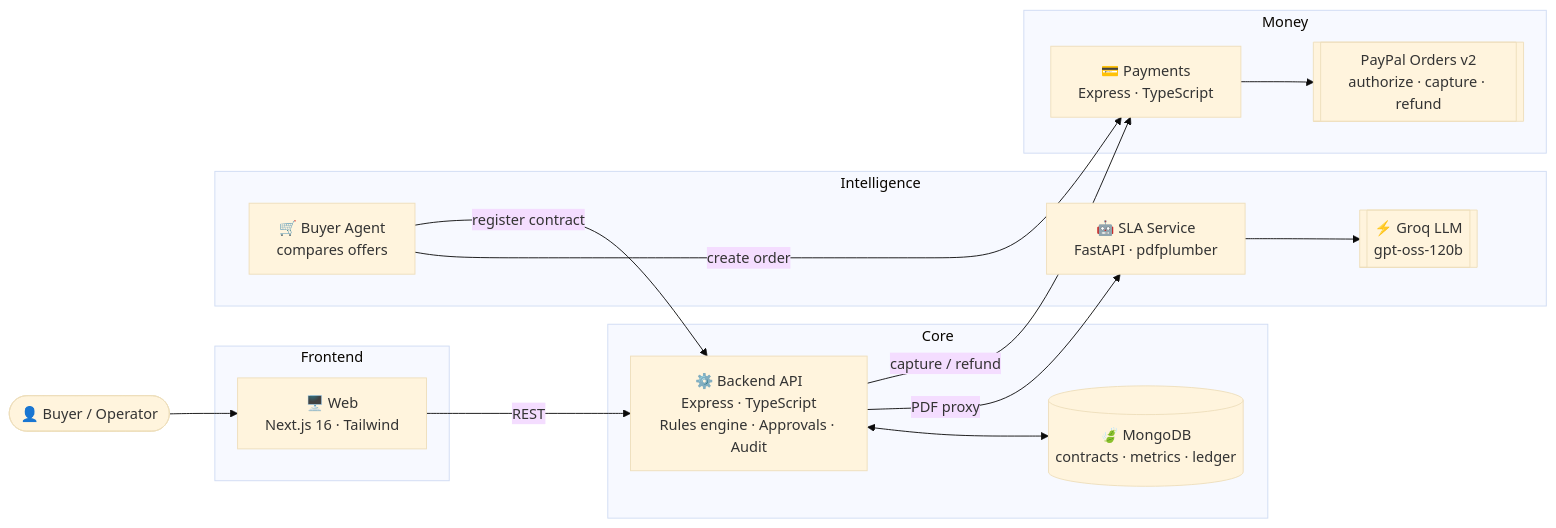
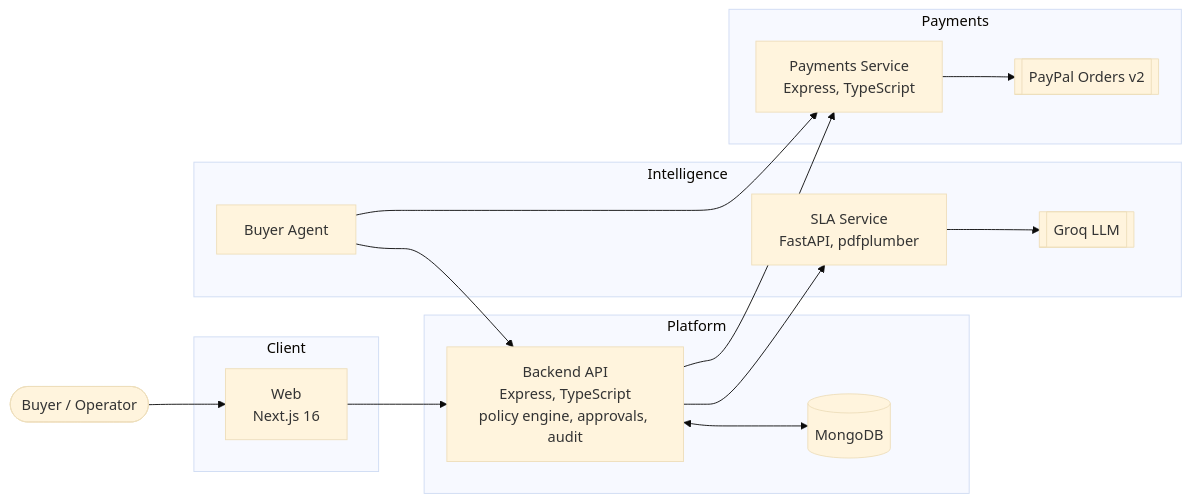
The second of 2 diagrams in README.md (ParasChavan02/Pay-for-Performance), drawn with Mermaid (base theme) before and after one commit. The commit also changed other lines of this file, not shown here.

````diff
--- a/README.md
+++ b/README.md
@@ -133,33 +99,33 @@
 ```mermaid
 flowchart LR
-    U([👤 Buyer / Operator]) --> W
+    User([Buyer / Operator]) --> Web
 
-    subgraph Frontend
-        W[🖥️ Web<br/>Next.js 16 · Tailwind]
+    subgraph Client
+        Web[Web<br/>Next.js 16]
     end
 
-    subgraph Core
-        A[⚙️ Backend API<br/>Express · TypeScript<br/>Rules engine · Approvals · Audit]
-        DB[(🍃 MongoDB<br/>contracts · metrics · ledger)]
+    subgraph Platform
+        API[Backend API<br/>Express, TypeScript<br/>policy engine, approvals, audit]
+        DB[(MongoDB)]
     end
 
     subgraph Intelligence
-        S[🤖 SLA Service<br/>FastAPI · pdfplumber]
-        G[[⚡ Groq LLM<br/>gpt-oss-120b]]
-        BA[🛒 Buyer Agent<br/>compares offers]
+        SLA[SLA Service<br/>FastAPI, pdfplumber]
+        LLM[[Groq LLM]]
+        Agent[Buyer Agent]
     end
 
-    subgraph Money
-        P[💳 Payments<br/>Express · TypeScript]
-        PP[[PayPal Orders v2<br/>authorize · capture · refund]]
+    subgraph Payments
+        Pay[Payments Service<br/>Express, TypeScript]
+        PayPal[[PayPal Orders v2]]
     end
 
-    W -->|REST| A
-    A <--> DB
-    A -->|PDF proxy| S
-    S --> G
-    A -->|capture / refund| P
-    P --> PP
-    BA -->|create order| P
-    BA -->|register contract| A
+    Web --> API
+    API <--> DB
+    API --> SLA
+    SLA --> LLM
+    API --> Pay
+    Pay --> PayPal
+    Agent --> API
+    Agent --> Pay
 ```
````
